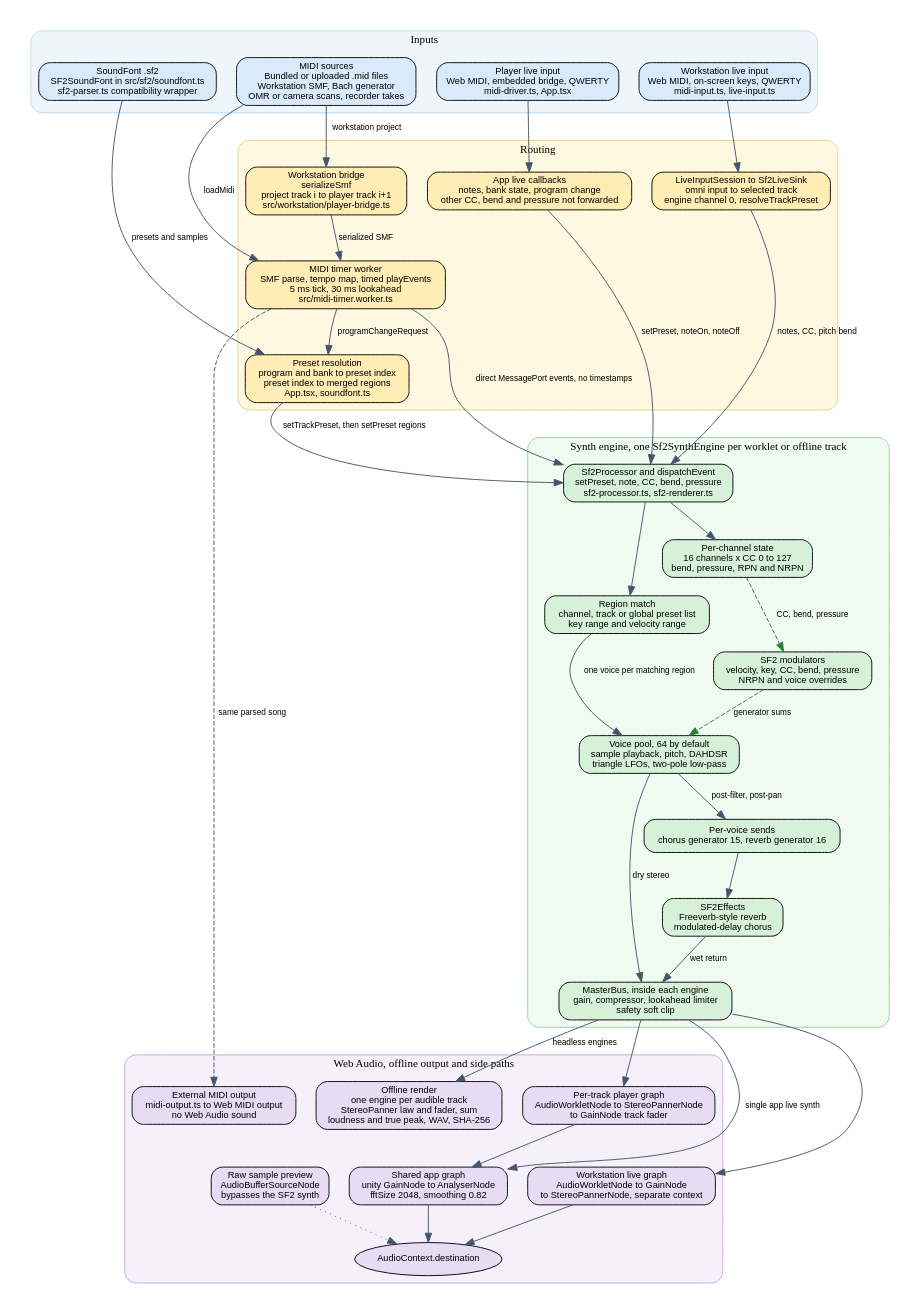
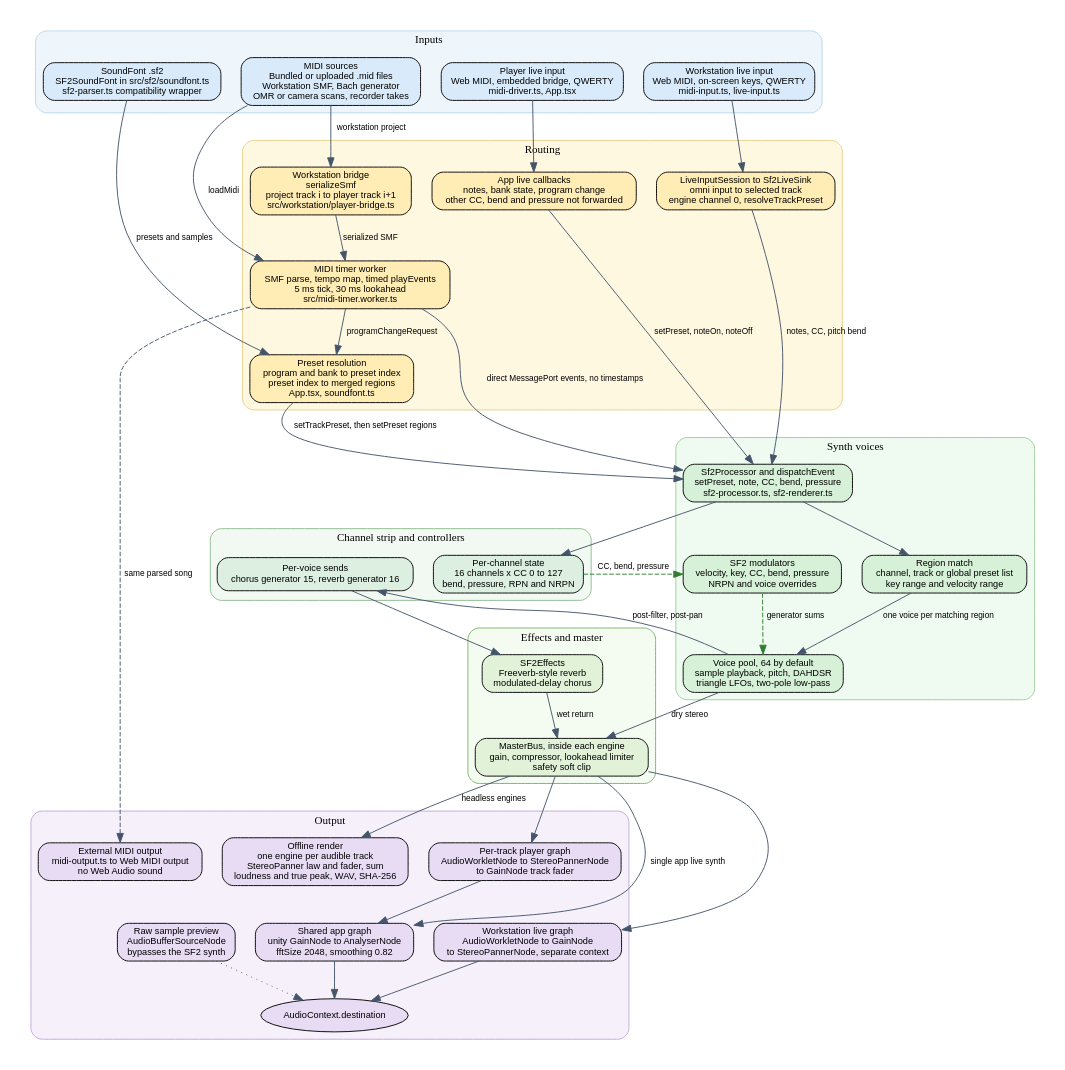
The diagram in docs/audio-path.dot (yishengjiang99/gbk), drawn with Graphviz before and after one commit. The commit also changed 1 other file, not shown here.

Commit message:
Group audio chart processors and master stage

```diff
--- a/docs/audio-path.dot
+++ b/docs/audio-path.dot
@@ -1,98 +1,116 @@
 digraph GbkAudioPath {
   graph [rankdir=TB, bgcolor="white", pad="0.25", nodesep="0.3", ranksep="0.55", splines=true];
   node [shape=box, style="rounded,filled", fontsize=10, fontname="Helvetica", margin="0.08,0.05"];
   edge [fontsize=9, fontname="Helvetica", color="#44546a"];
 
   subgraph cluster_inputs {
     label="Inputs";
     style="rounded,filled";
     color="#b7d7f0";
     fillcolor="#eef6fc";
     fontsize=12;
 
     smf_src [label="MIDI sources\nBundled or uploaded .mid files\nWorkstation SMF, Bach generator\nOMR or camera scans, recorder takes", fillcolor="#d9ebfa"];
     live_ws [label="Workstation live input\nWeb MIDI, on-screen keys, QWERTY\nmidi-input.ts, live-input.ts", fillcolor="#d9ebfa"];
     live_app [label="Player live input\nWeb MIDI, embedded bridge, QWERTY\nmidi-driver.ts, App.tsx", fillcolor="#d9ebfa"];
     sf2 [label="SoundFont .sf2\nSF2SoundFont in src/sf2/soundfont.ts\nsf2-parser.ts compatibility wrapper", fillcolor="#d9ebfa"];
   }
 
   subgraph cluster_routing {
     label="Routing";
     style="rounded,filled";
     color="#e6cf8a";
     fillcolor="#fff8e1";
     fontsize=12;
 
     bridge [label="Workstation bridge\nserializeSmf\nproject track i to player track i+1\nsrc/workstation/player-bridge.ts", fillcolor="#ffedb5"];
     timer [label="MIDI timer worker\nSMF parse, tempo map, timed playEvents\n5 ms tick, 30 ms lookahead\nsrc/midi-timer.worker.ts", fillcolor="#ffedb5"];
     preset [label="Preset resolution\nprogram and bank to preset index\npreset index to merged regions\nApp.tsx, soundfont.ts", fillcolor="#ffedb5"];
     live_sink_route [label="LiveInputSession to Sf2LiveSink\nomni input to selected track\nengine channel 0, resolveTrackPreset", fillcolor="#ffedb5"];
     app_live_route [label="App live callbacks\nnotes, bank state, program change\nother CC, bend and pressure not forwarded", fillcolor="#ffedb5"];
   }
 
-  subgraph cluster_engine {
-    label="Synth engine, one Sf2SynthEngine per worklet or offline track";
+  subgraph cluster_synth_voices {
+    label="Synth voices";
     style="rounded,filled";
     color="#9ccc9c";
     fillcolor="#effaf0";
     fontsize=12;
 
     dispatch [label="Sf2Processor and dispatchEvent\nsetPreset, note, CC, bend, pressure\nsf2-processor.ts, sf2-renderer.ts", fillcolor="#d7f0d8"];
-    ctl_state [label="Per-channel state\n16 channels x CC 0 to 127\nbend, pressure, RPN and NRPN", fillcolor="#d7f0d8"];
     region_match [label="Region match\nchannel, track or global preset list\nkey range and velocity range", fillcolor="#d7f0d8"];
     modulators [label="SF2 modulators\nvelocity, key, CC, bend, pressure\nNRPN and voice overrides", fillcolor="#d7f0d8"];
     voices [label="Voice pool, 64 by default\nsample playback, pitch, DAHDSR\ntriangle LFOs, two-pole low-pass", fillcolor="#d7f0d8"];
-    sends [label="Per-voice sends\nchorus generator 15, reverb generator 16", fillcolor="#d7f0d8"];
-    fx [label="SF2Effects\nFreeverb-style reverb\nmodulated-delay chorus", fillcolor="#d7f0d8"];
-    master [label="MasterBus, inside each engine\ngain, compressor, lookahead limiter\nsafety soft clip", fillcolor="#d7f0d8"];
+  }
+
+  subgraph cluster_channel_strip {
+    label="Channel strip and controllers";
+    style="rounded,filled";
+    color="#8fbc8f";
+    fillcolor="#f2f8f2";
+    fontsize=12;
+
+    ctl_state [label="Per-channel state\n16 channels x CC 0 to 127\nbend, pressure, RPN and NRPN", fillcolor="#dcefe0"];
+    sends [label="Per-voice sends\nchorus generator 15, reverb generator 16", fillcolor="#dcefe0"];
+  }
+
+  subgraph cluster_master {
+    label="Effects and master";
+    style="rounded,filled";
+    color="#7fb069";
+    fillcolor="#f4fbf1";
+    fontsize=12;
+
+    fx [label="SF2Effects\nFreeverb-style reverb\nmodulated-delay chorus", fillcolor="#e2f2d8"];
+    master [label="MasterBus, inside each engine\ngain, compressor, lookahead limiter\nsafety soft clip", fillcolor="#e2f2d8"];
   }
 
   subgraph cluster_output {
-    label="Web Audio, offline output and side paths";
+    label="Output";
     style="rounded,filled";
     color="#c3a6d9";
     fillcolor="#f6f0fb";
     fontsize=12;
 
     track_graph [label="Per-track player graph\nAudioWorkletNode to StereoPannerNode\nto GainNode track fader", fillcolor="#e8dcf5"];
     app_bus [label="Shared app graph\nunity GainNode to AnalyserNode\nfftSize 2048, smoothing 0.82", fillcolor="#e8dcf5"];
     live_graph [label="Workstation live graph\nAudioWorkletNode to GainNode\nto StereoPannerNode, separate context", fillcolor="#e8dcf5"];
     destination [label="AudioContext.destination", shape=ellipse, fillcolor="#e8dcf5"];
     offline [label="Offline render\none engine per audible track\nStereoPanner law and fader, sum\nloudness and true peak, WAV, SHA-256", fillcolor="#e8dcf5"];
     midi_out [label="External MIDI output\nmidi-output.ts to Web MIDI output\nno Web Audio sound", fillcolor="#e8dcf5"];
     raw_preview [label="Raw sample preview\nAudioBufferSourceNode\nbypasses the SF2 synth", fillcolor="#e8dcf5"];
   }
 
   smf_src -> bridge [label="workstation project"];
   smf_src -> timer [label="loadMidi"];
   bridge -> timer [label="serialized SMF"];
   sf2 -> preset [label="presets and samples"];
   timer -> preset [label="programChangeRequest"];
   preset -> dispatch [label="setTrackPreset, then setPreset regions"];
   timer -> dispatch [label="direct MessagePort events, no timestamps"];
   timer -> midi_out [label="same parsed song", style=dashed];
 
   live_ws -> live_sink_route;
   live_sink_route -> dispatch [label="notes, CC, pitch bend"];
   live_app -> app_live_route;
   app_live_route -> dispatch [label="setPreset, noteOn, noteOff"];
 
   dispatch -> ctl_state;
   dispatch -> region_match;
   ctl_state -> modulators [label="CC, bend, pressure", style=dashed, color="#2e7d32"];
   modulators -> voices [label="generator sums", style=dashed, color="#2e7d32"];
   region_match -> voices [label="one voice per matching region"];
   voices -> sends [label="post-filter, post-pan"];
   voices -> master [label="dry stereo"];
   sends -> fx;
   fx -> master [label="wet return"];
 
   master -> track_graph;
   track_graph -> app_bus;
   master -> app_bus [label="single app live synth"];
   master -> live_graph;
   master -> offline [label="headless engines"];
   app_bus -> destination;
   live_graph -> destination;
   raw_preview -> destination [style=dotted];
 }
```
